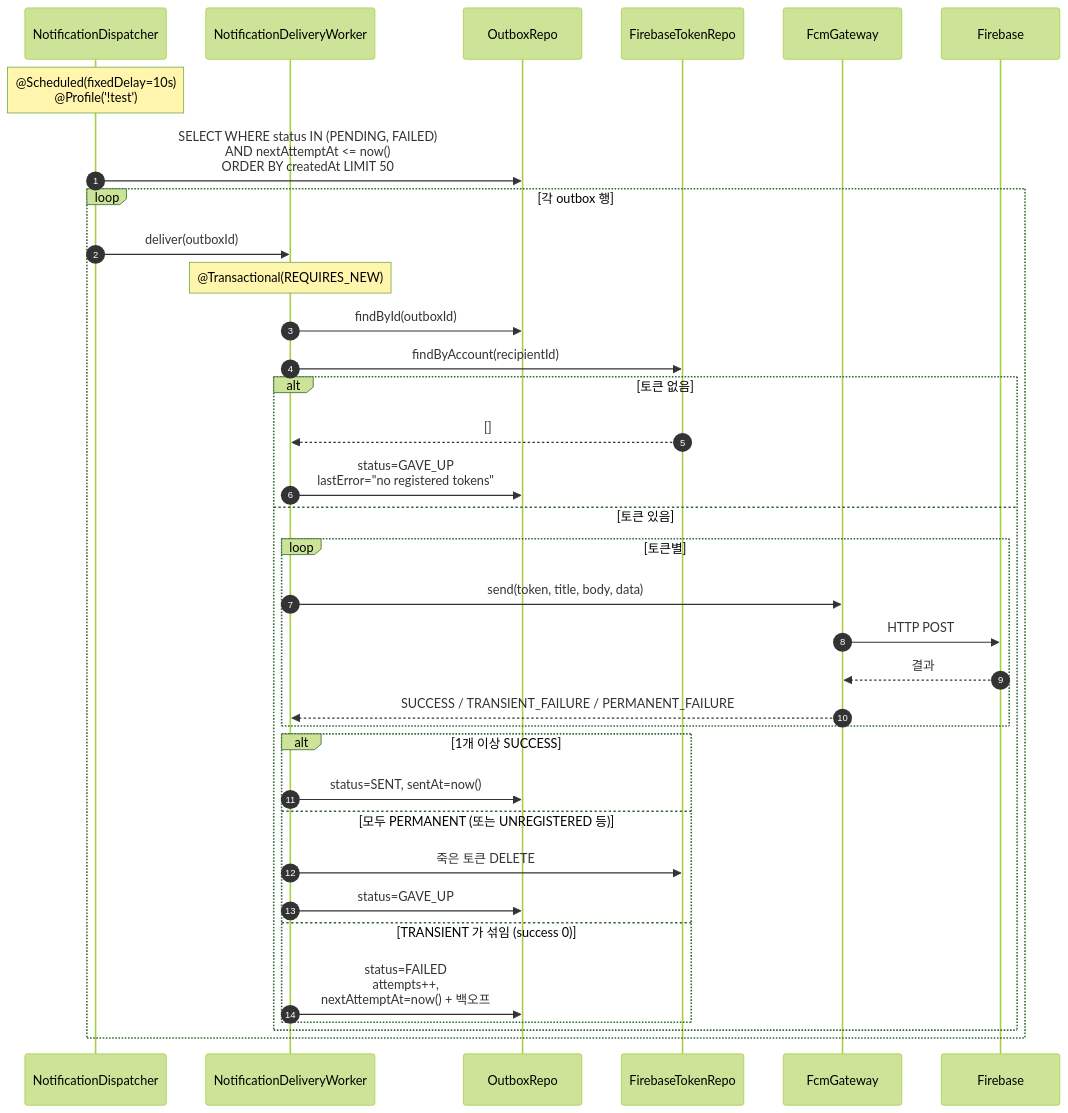
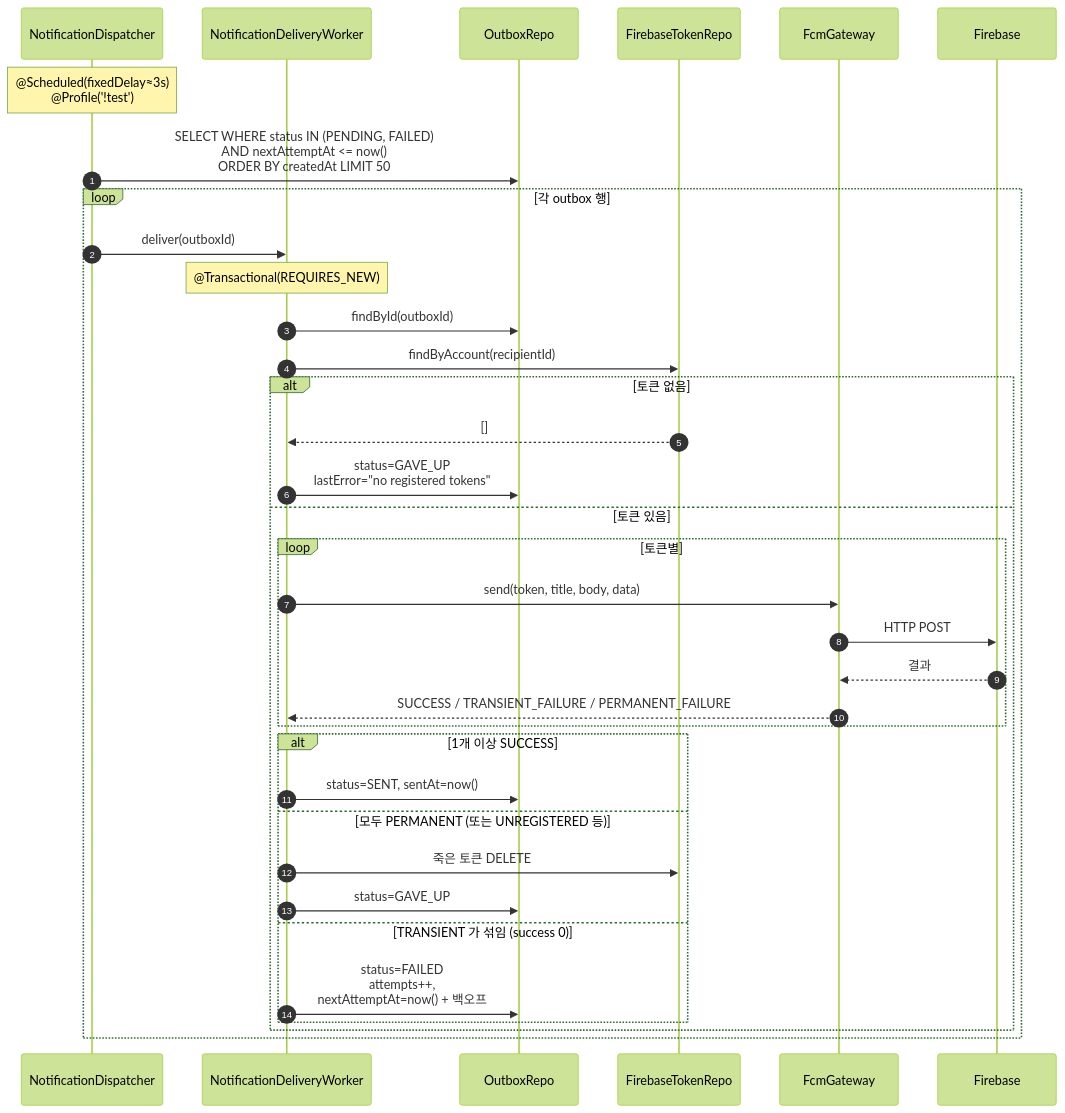
The third of 6 diagrams in docs/architecture/notification.md (pungdong/Pungdong-Backend), drawn with Mermaid (forest theme) before and after one commit. The commit also changed other lines of this file and 2 other files, not shown here.

````diff
--- a/docs/architecture/notification.md
+++ b/docs/architecture/notification.md
@@ -112,42 +112,42 @@
 ```mermaid
 sequenceDiagram
     autonumber
     participant Dis as NotificationDispatcher
     participant Worker as NotificationDeliveryWorker
     participant OutRepo as OutboxRepo
     participant TokRepo as FirebaseTokenRepo
     participant Gw as FcmGateway
     participant FCM as Firebase
 
-    Note over Dis: @Scheduled(fixedDelay=10s)<br/>@Profile('!test')
+    Note over Dis: @Scheduled(fixedDelay≈3s)<br/>@Profile('!test')
     Dis->>OutRepo: SELECT WHERE status IN (PENDING, FAILED)<br/>AND nextAttemptAt <= now()<br/>ORDER BY createdAt LIMIT 50
 
     loop 각 outbox 행
         Dis->>Worker: deliver(outboxId)
         Note over Worker: @Transactional(REQUIRES_NEW)
 
         Worker->>OutRepo: findById(outboxId)
         Worker->>TokRepo: findByAccount(recipientId)
 
         alt 토큰 없음
             TokRepo-->>Worker: []
             Worker->>OutRepo: status=GAVE_UP<br/>lastError="no registered tokens"
         else 토큰 있음
             loop 토큰별
                 Worker->>Gw: send(token, title, body, data)
                 Gw->>FCM: HTTP POST
                 FCM-->>Gw: 결과
                 Gw-->>Worker: SUCCESS / TRANSIENT_FAILURE / PERMANENT_FAILURE
             end
 
             alt 1개 이상 SUCCESS
                 Worker->>OutRepo: status=SENT, sentAt=now()
             else 모두 PERMANENT (또는 UNREGISTERED 등)
                 Worker->>TokRepo: 죽은 토큰 DELETE
                 Worker->>OutRepo: status=GAVE_UP
             else TRANSIENT 가 섞임 (success 0)
                 Worker->>OutRepo: status=FAILED<br/>attempts++,<br/>nextAttemptAt=now() + 백오프
             end
         end
     end
 ```
````
